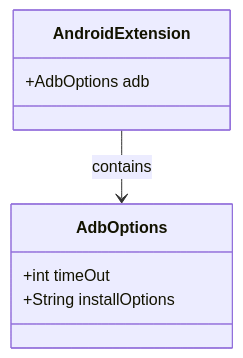
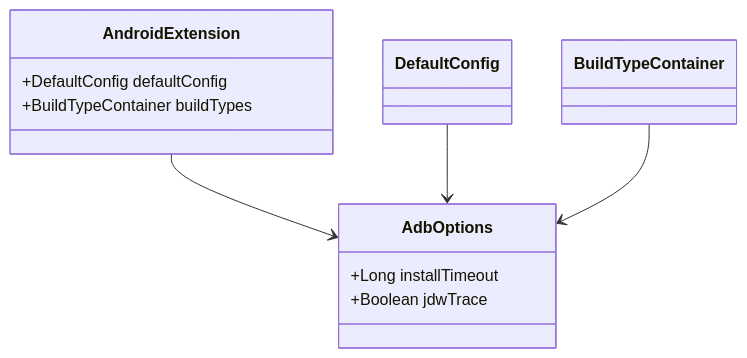
Before and after one commit to Carrie-L/carrie-l.github.io: the third of 3 diagrams in AndroidDeveloperGuideStory/Contents/vol21/21.1.60 Adb选项.md, drawn with Mermaid. The commit also changed other lines of this file, not shown here.

Commit message:
feat(chapter-21.1.60): Configure AdbOptions for ADB connection settings

````diff
--- a/AndroidDeveloperGuideStory/Contents/vol21/21.1.60 Adb选项.md
+++ b/AndroidDeveloperGuideStory/Contents/vol21/21.1.60 Adb选项.md
@@ -227,11 +226,14 @@
 ```mermaid
 classDiagram
     class AdbOptions {
-        +int timeOut
-        +String installOptions
+        +Long installTimeout
+        +Boolean jdwTrace
     }
     class AndroidExtension {
-        +AdbOptions adb
+        +DefaultConfig defaultConfig
+        +BuildTypeContainer buildTypes
     }
-    AndroidExtension --> AdbOptions : contains
+    AndroidExtension --> AdbOptions
+    DefaultConfig --> AdbOptions
+    BuildTypeContainer --> AdbOptions
 ```
````
